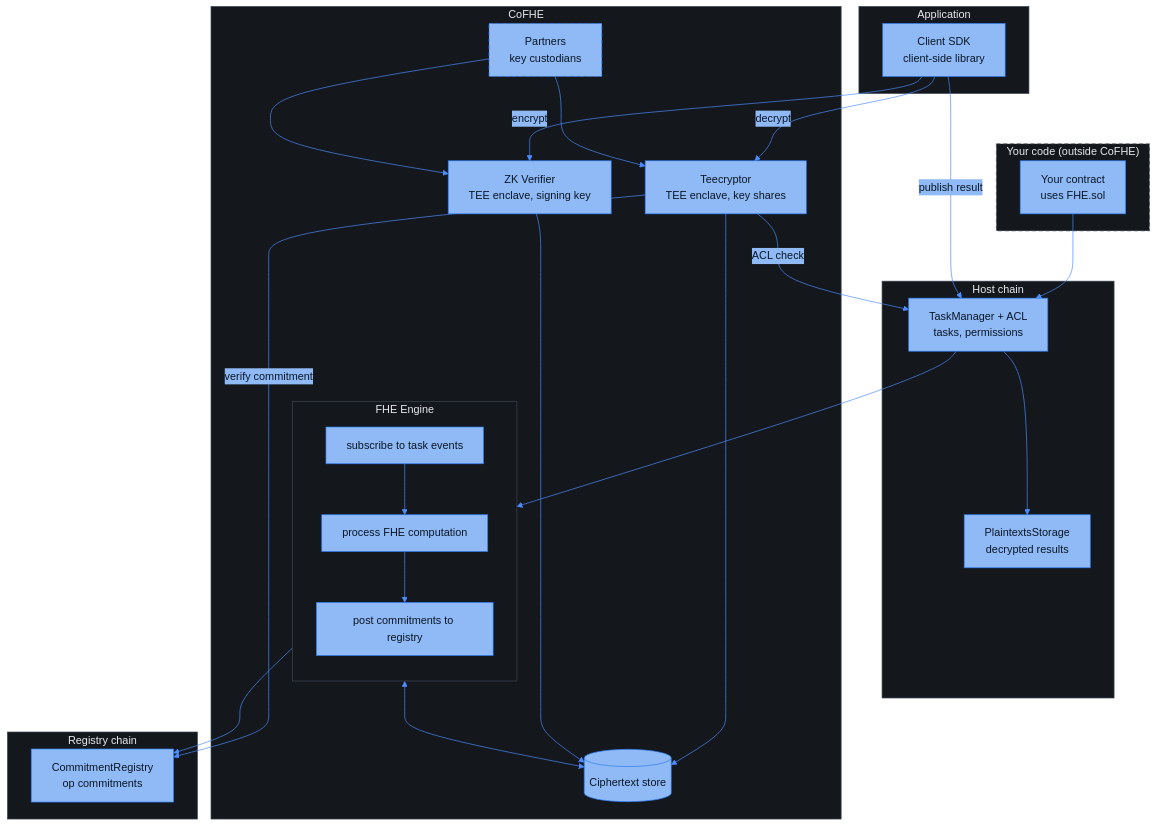
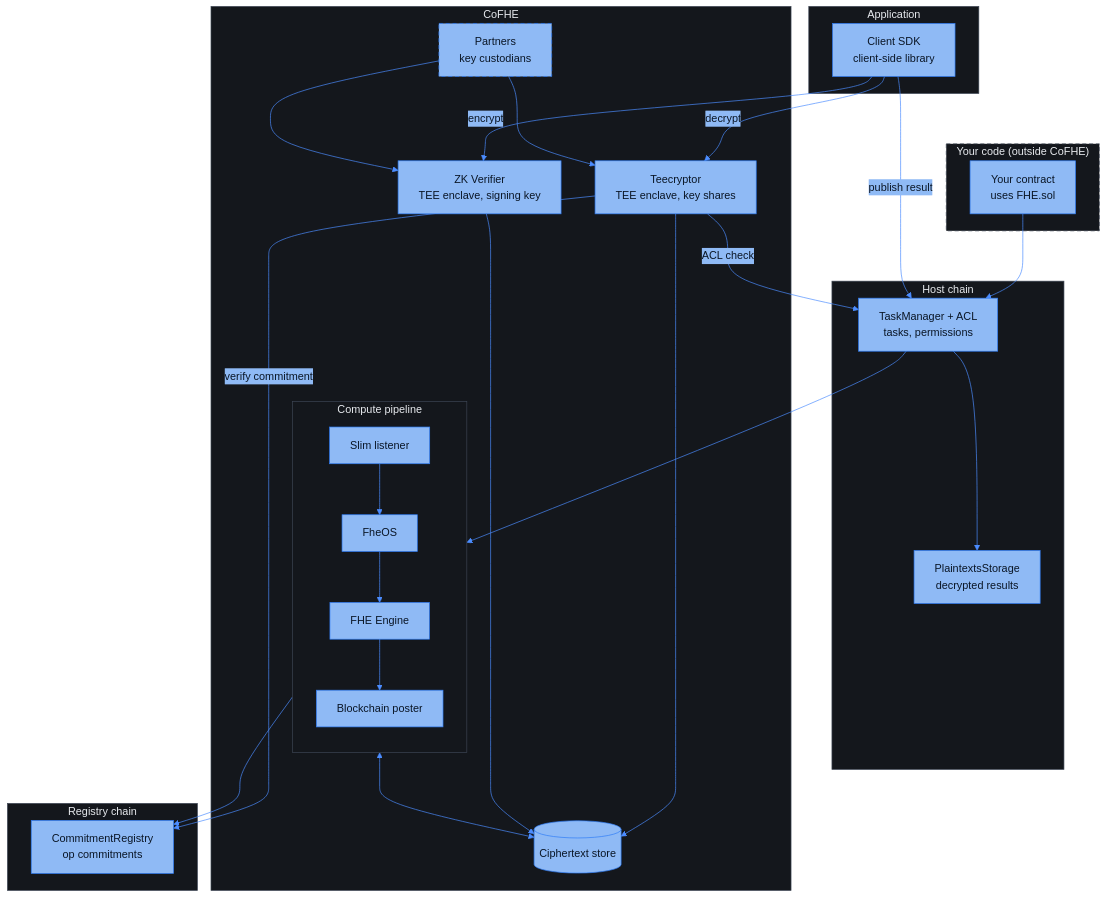
Before and after one commit to FhenixProtocol/fhenix-developer-docs: the diagram in deep-dive/cofhe-components/overview.mdx, drawn with Mermaid. The commit also changed other lines of this file, not shown here.

Commit message:
[DOCS] cofhe-components/overview: the compute pipeline block names its four components

````diff
--- a/deep-dive/cofhe-components/overview.mdx
+++ b/deep-dive/cofhe-components/overview.mdx
@@ -8,49 +8,49 @@
 ```mermaid
 %%{init: {"theme": "base", "themeVariables": {"fontFamily": "Menlo, Monaco, Consolas, monospace", "fontSize": "16px", "primaryColor": "#8FBAF5", "primaryBorderColor": "#2E7CF6", "primaryTextColor": "#0A1626", "lineColor": "#4C8DFF", "signalColor": "#4C8DFF", "signalTextColor": "#8FA3BF", "actorBkg": "#8FBAF5", "actorBorder": "#2E7CF6", "actorTextColor": "#0A1626", "actorLineColor": "#3D4654", "noteBkgColor": "#14171C", "noteBorderColor": "#3D4654", "noteTextColor": "#AFC3DE", "activationBkgColor": "#1E3A5F", "activationBorderColor": "#4C8DFF", "clusterBkg": "#14171C", "clusterBorder": "#3D4654", "titleColor": "#E7EAEE", "edgeLabelBackground": "#8FBAF5", "textColor": "#AFC3DE", "labelTextColor": "#E7EAEE", "tertiaryColor": "#14171C", "loopTextColor": "#AFC3DE", "labelBoxBkgColor": "#1E3A5F", "labelBoxBorderColor": "#4C8DFF"}, "sequence": {"actorFontFamily": "Menlo, Monaco, Consolas, monospace", "messageFontFamily": "Menlo, Monaco, Consolas, monospace", "noteFontFamily": "Menlo, Monaco, Consolas, monospace", "width": 220, "actorFontSize": 16, "messageFontSize": 16, "noteFontSize": 15}}}%%
 flowchart TB
     subgraph Yours["Your code (outside CoFHE)"]
         FHEC["Your contract<br/>uses FHE.sol"]
     end
 
     subgraph App["Application"]
         SDK["Client SDK<br/>client-side library"]
     end
 
     subgraph Host["Host chain"]
         TM["TaskManager + ACL<br/>tasks, permissions"]
         PS["PlaintextsStorage<br/>decrypted results"]
     end
 
     subgraph CoFHE["CoFHE"]
         TEE["Teecryptor<br/>TEE enclave, key shares"]
         ZK["ZK Verifier<br/>TEE enclave, signing key"]
         PRT["Partners<br/>key custodians"]
         CTS[("Ciphertext store")]
-        subgraph ENG["FHE Engine"]
+        subgraph ENG["Compute pipeline"]
             direction TB
-            L["subscribe to task events"] --> X["process FHE computation"] --> P["post commitments to registry"]
+            L["Slim listener"] --> FO["FheOS"] --> X["FHE Engine"] --> P["Blockchain poster"]
         end
     end
 
     subgraph Registry["Registry chain"]
         CR["CommitmentRegistry<br/>op commitments"]
     end
 
     FHEC --> TM
     SDK -- "encrypt" --> ZK
     SDK -- "decrypt" --> TEE
     SDK -- "publish result" --> TM
     TM --> PS
     TM --> L
     TEE -- "ACL check" --> TM
     TEE --> CTS
     TEE -- "verify commitment" --> CR
     ZK --> CTS
     ENG <--> CTS
     P --> CR
     PRT --> TEE
     PRT --> ZK
 
     style Yours stroke-dasharray: 6 4
     style PRT stroke-dasharray: 6 4
 ```
````
